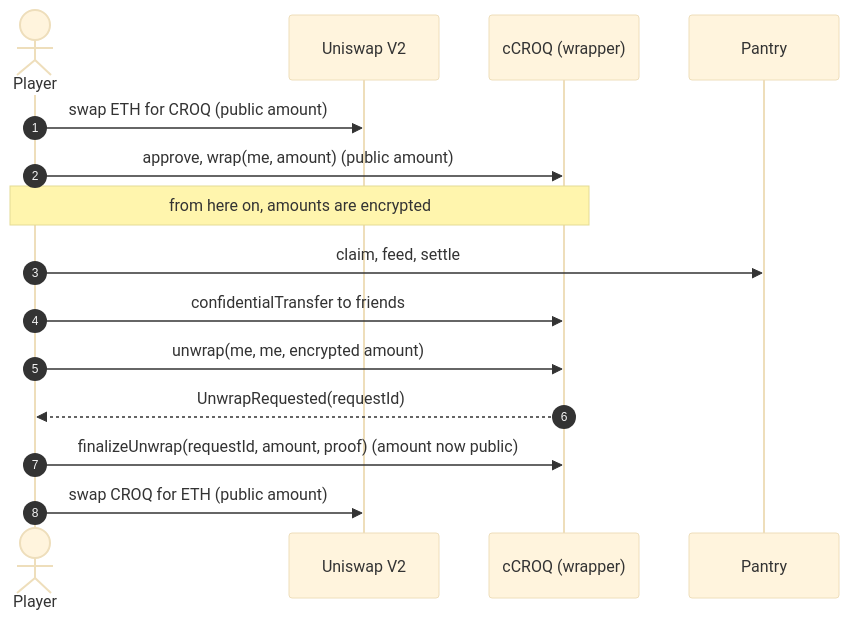
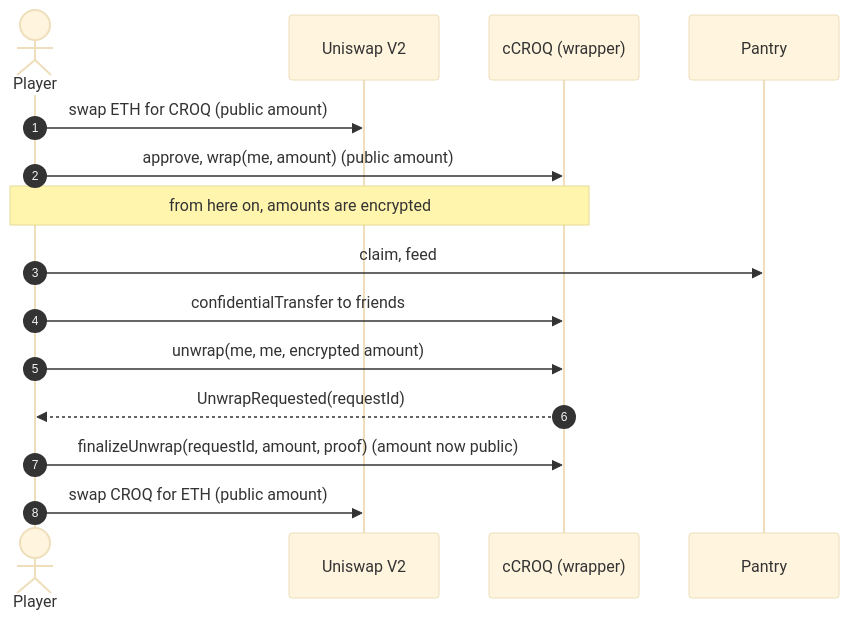
The second of 6 diagrams in docs/CROQ.md (jecombe/do_not_open), drawn with Mermaid (base theme) before and after one commit. The commit also changed other lines of this file and 52 other files, not shown here.

````diff
--- a/docs/CROQ.md
+++ b/docs/CROQ.md
@@ -224,17 +297,17 @@
 ```mermaid
 sequenceDiagram
   autonumber
   actor P as Player
   participant U as Uniswap V2
   participant W as cCROQ (wrapper)
   participant Pa as Pantry
   P->>U: swap ETH for CROQ (public amount)
   P->>W: approve, wrap(me, amount) (public amount)
   Note over P,W: from here on, amounts are encrypted
-  P->>Pa: claim, feed, settle
+  P->>Pa: claim, feed
   P->>W: confidentialTransfer to friends
   P->>W: unwrap(me, me, encrypted amount)
   W-->>P: UnwrapRequested(requestId)
   P->>W: finalizeUnwrap(requestId, amount, proof) (amount now public)
   P->>U: swap CROQ for ETH (public amount)
 ```
````
